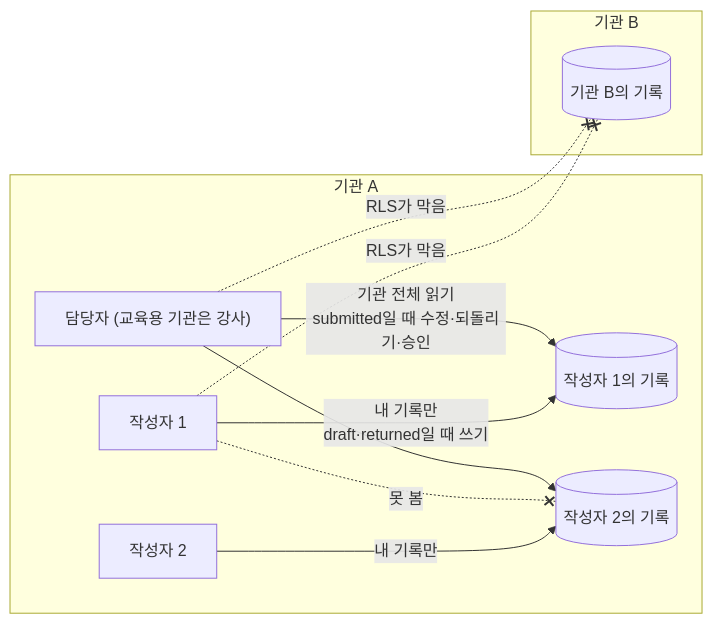
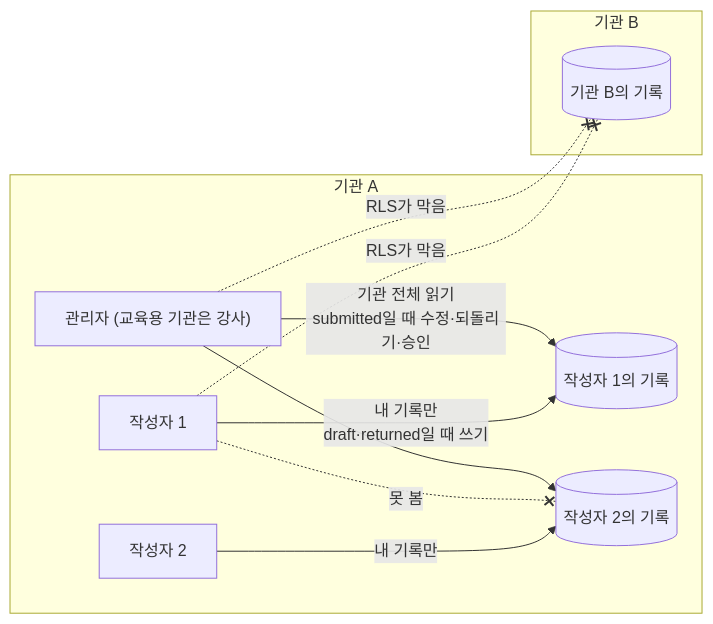
The third of 3 diagrams in 문서/설계/데이터구조-v1.6.3.md (2dion/CareBridge), drawn with Mermaid before and after one commit. The commit also changed other lines of this file and 11 other files, not shown here.

````diff
--- a/문서/설계/데이터구조-v1.6.3.md
+++ b/문서/설계/데이터구조-v1.6.3.md
@@ -490,20 +493,20 @@
 ```mermaid
 flowchart LR
   subgraph orgA["기관 A"]
     WA["작성자 1"]
     WB["작성자 2"]
-    RVA["담당자 (교육용 기관은 강사)"]
+    RVA["관리자 (교육용 기관은 강사)"]
     RA1[("작성자 1의 기록")]
     RA2[("작성자 2의 기록")]
   end
   subgraph orgB["기관 B"]
     RB[("기관 B의 기록")]
   end
   WA -->|"내 기록만<br/>draft·returned일 때 쓰기"| RA1
   WB -->|"내 기록만"| RA2
   WA -. "못 봄" .-x RA2
   RVA -->|"기관 전체 읽기<br/>submitted일 때 수정·되돌리기·승인"| RA1
   RVA --> RA2
   WA -. "RLS가 막음" .-x RB
   RVA -. "RLS가 막음" .-x RB
 ```
````
